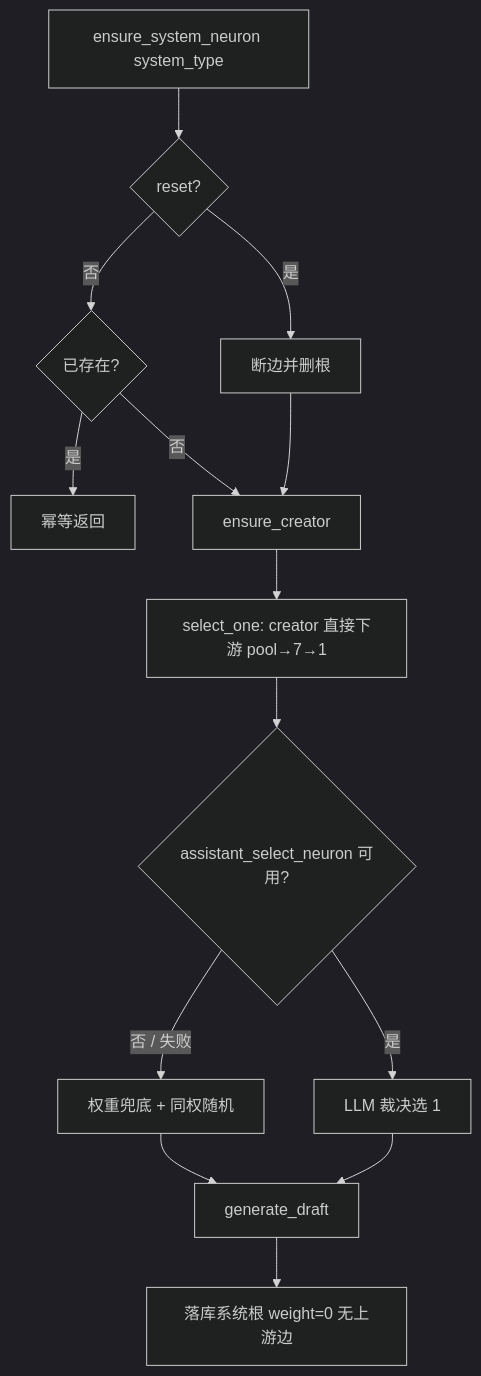
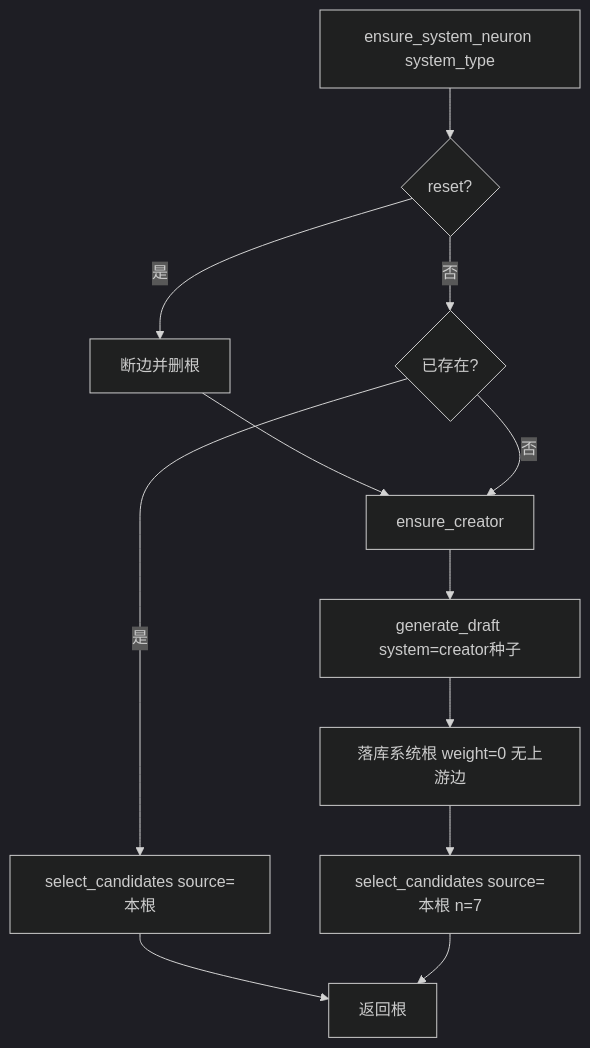
The third of 4 diagrams in docs/agent-app/neuron-init.md (luoanb/new-start), drawn with Mermaid (dark theme) before and after one commit. The commit also changed other lines of this file and 3 other files, not shown here.

````diff
--- a/docs/agent-app/neuron-init.md
+++ b/docs/agent-app/neuron-init.md
@@ -84,16 +84,14 @@
 ```mermaid
 flowchart TD
   A[ensure_system_neuron system_type] --> B{reset?}
   B -->|是| C[断边并删根]
   B -->|否| D{已存在?}
-  D -->|是| E[幂等返回]
+  D -->|是| E[select_candidates source=本根]
   C --> F[ensure_creator]
   D -->|否| F
-  F --> G[select_one: creator 直接下游 pool→7→1]
-  G --> H{assistant_select_neuron 可用?}
-  H -->|是| I[LLM 裁决选 1]
-  H -->|否 / 失败| J[权重兜底 + 同权随机]
-  I --> K[generate_draft]
-  J --> K
-  K --> L[落库系统根 weight=0 无上游边]
+  F --> G[generate_draft system=creator种子]
+  G --> H[落库系统根 weight=0 无上游边]
+  H --> I[select_candidates source=本根 n=7]
+  E --> J[返回根]
+  I --> J
 ```
````
